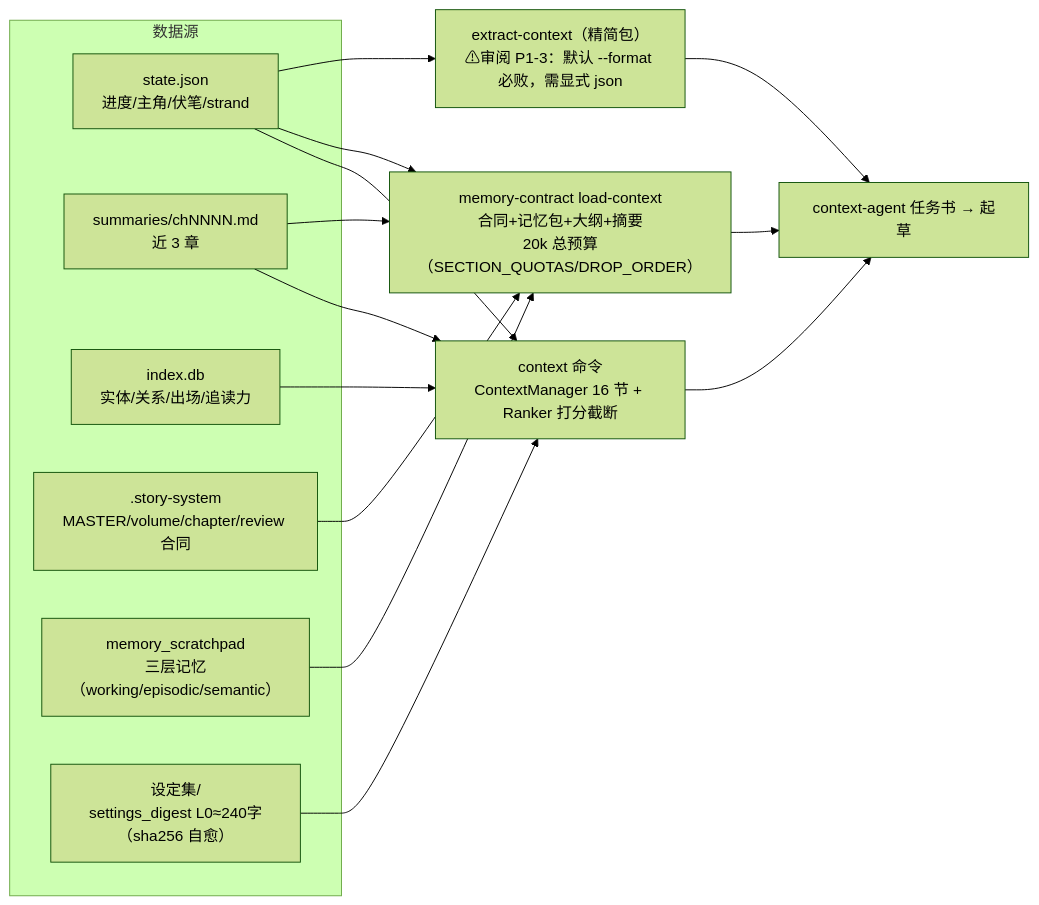
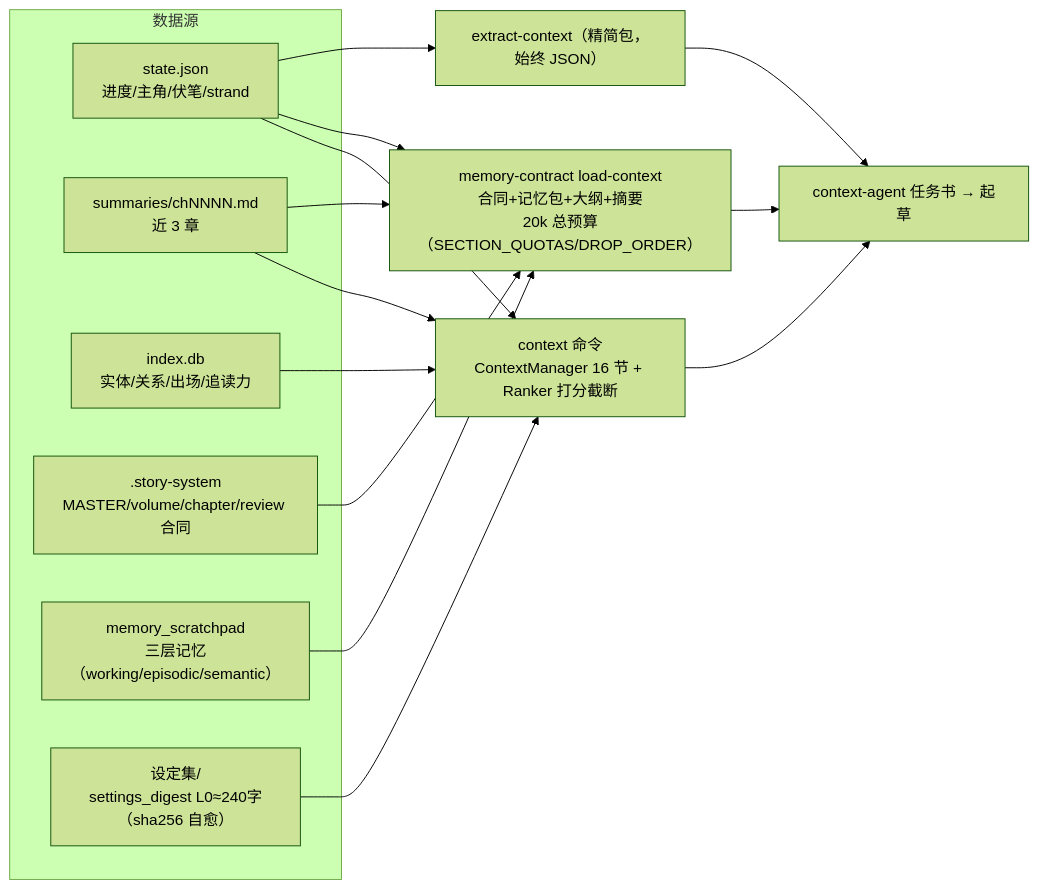
One commit to alittleseven/webnovel-writer changed the seventh of 8 diagrams in docs/architecture/functional-flow-and-data-flow.md. Above: the diagram before and after it, drawn with Mermaid (forest theme). The commit also changed other lines of this file and 12 other files, not shown here.

First line of the commit message:
fix: 增量审阅 P1 修复批（S25：迁移名册列序/缓存自愈/extract-context 默认值）

````diff
--- a/docs/architecture/functional-flow-and-data-flow.md
+++ b/docs/architecture/functional-flow-and-data-flow.md
@@ -189,26 +189,26 @@
 ```mermaid
 flowchart LR
     subgraph SRC["数据源"]
         ST["state.json<br/>进度/主角/伏笔/strand"]
         SUMS["summaries/chNNNN.md<br/>近 3 章"]
         IDBX["index.db<br/>实体/关系/出场/追读力"]
         CONTRACTS[".story-system<br/>MASTER/volume/chapter/review 合同"]
         SCRP["memory_scratchpad<br/>三层记忆（working/episodic/semantic）"]
         SETD["设定集/<br/>settings_digest L0≈240字（sha256 自愈）"]
     end
     CM["context 命令<br/>ContextManager 16 节 + Ranker 打分截断"]
     MC["memory-contract load-context<br/>合同+记忆包+大纲+摘要<br/>20k 总预算（SECTION_QUOTAS/DROP_ORDER）"]
-    EQC["extract-context（精简包）<br/>⚠审阅 P1-3：默认 --format 必败，需显式 json"]
+    EQC["extract-context（精简包，始终 JSON）"]
     ST --> CM
     SUMS --> CM
     IDBX --> CM
     SETD --> CM
     CONTRACTS --> MC
     SCRP --> MC
     SUMS --> MC
     ST --> MC
     ST --> EQC
     CM --> CA["context-agent 任务书 → 起草"]
     MC --> CA
     EQC --> CA
 ```
````
